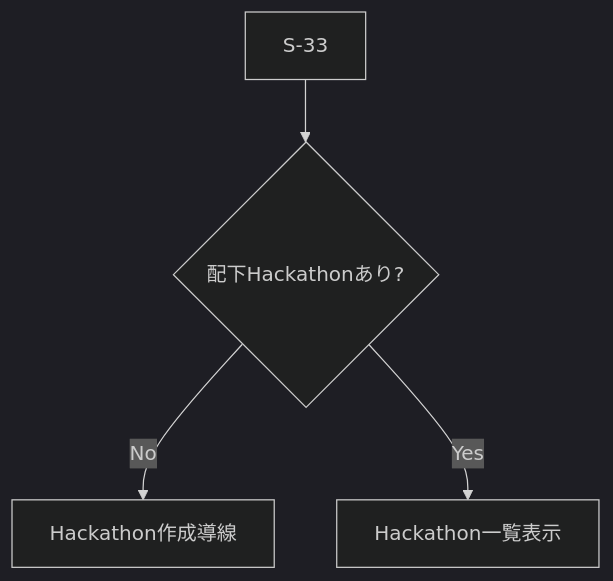
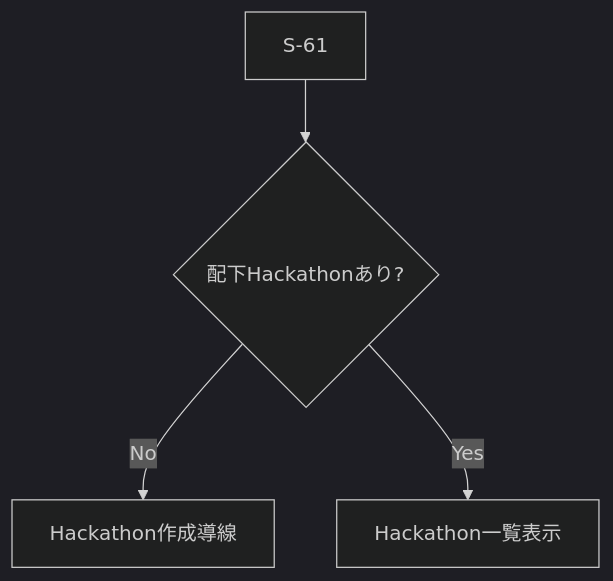
Before and after one commit to Asheze1127/hack-evaluater: diagram 12 of 15 in docs/details/03_screen-flow_md.md, drawn with Mermaid (dark theme). The commit also changed other lines of this file and 2 other files, not shown here.

````diff
--- a/docs/details/03_screen-flow_md.md
+++ b/docs/details/03_screen-flow_md.md
@@ -351,11 +417,11 @@
 ```mermaid
 flowchart TD
-    TENANTDETAIL[S-33]
+    OVERVIEW[S-61]
     HAS_HACK{配下Hackathonあり?}
     EMPTY[Hackathon作成導線]
     NORMAL[Hackathon一覧表示]
 
-    TENANTDETAIL --> HAS_HACK
+    OVERVIEW --> HAS_HACK
     HAS_HACK -->|No| EMPTY
     HAS_HACK -->|Yes| NORMAL
 ```
````
